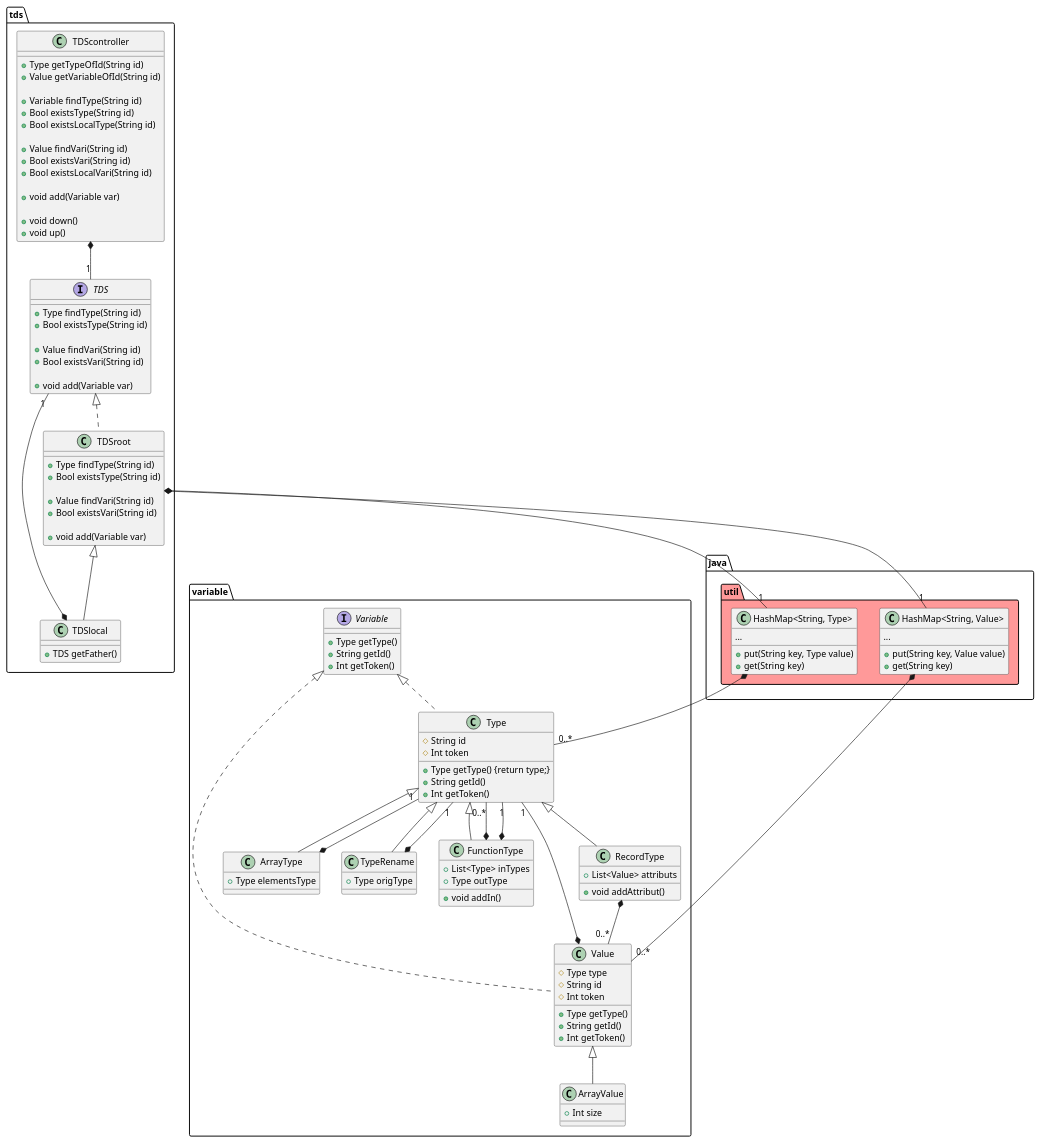
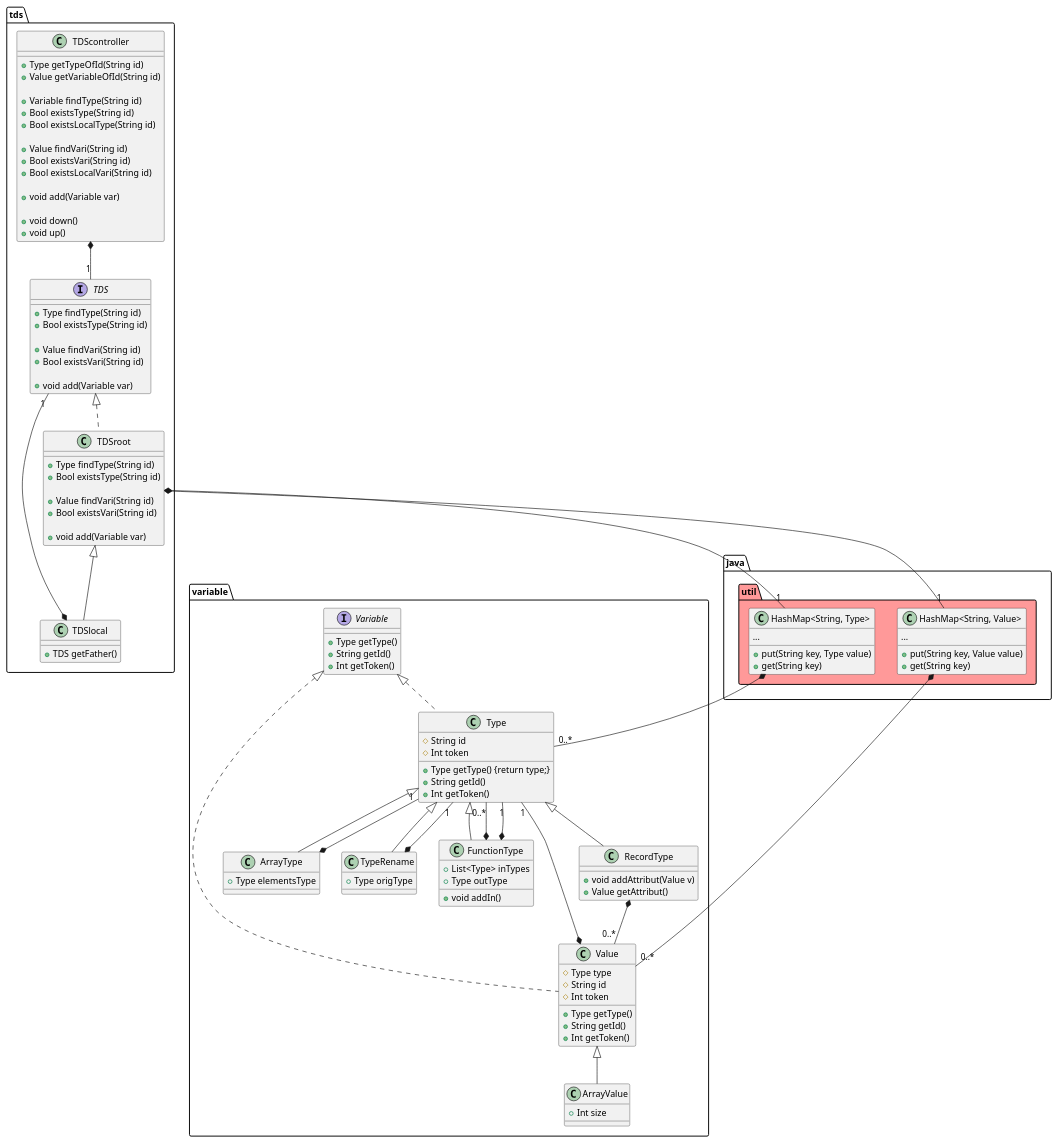
One commit to Tiger-compiler-team-2023/tiger-compiler changed the diagram in AntlrMavenProject/chaoscompiler/src/main/java/eu/tn/chaoscompiler/tdstool/README.figures/TDS.puml. Above: the diagram before and after it, drawn with PlantUML. The commit also changed 3 other files, not shown here.

Commit message:
[EDIT] Diagrammes

```diff
--- a/AntlrMavenProject/chaoscompiler/src/main/java/eu/tn/chaoscompiler/tdstool/README.figures/TDS.puml
+++ b/AntlrMavenProject/chaoscompiler/src/main/java/eu/tn/chaoscompiler/tdstool/README.figures/TDS.puml
@@ -1,124 +1,124 @@
 @startuml
 
 package tds {
 
   class TDScontroller {
     +Type getTypeOfId(String id)
     +Value getVariableOfId(String id)
 
     +Variable findType(String id)
     +Bool existsType(String id)
     +Bool existsLocalType(String id)
 
     +Value findVari(String id)
     +Bool existsVari(String id)
     +Bool existsLocalVari(String id)
 
     +void add(Variable var)
 
     +void down()
     +void up()
   }
 
   interface TDS {
     +Type findType(String id)
     +Bool existsType(String id)
 
     +Value findVari(String id)
     +Bool existsVari(String id)
 
     +void add(Variable var)
   }
 
   class TDSroot implements TDS {
     +Type findType(String id)
     +Bool existsType(String id)
 
     +Value findVari(String id)
     +Bool existsVari(String id)
     
     +void add(Variable var)
   }
 
   class TDSlocal extends TDSroot {
     +TDS getFather()
   }
 }
 
 package variable {
 
   Interface Variable {
     +Type getType()
     +String getId()
     +Int getToken()
   }
 
   class Type implements Variable {
     #String id
     #Int token
 
     +Type getType() {return type;}
     +String getId()
     +Int getToken()
   }
 
   class RecordType extends Type {
-    +List<Value> attributs
-    +void addAttribut()
+    +void addAttribut(Value v)
+    +Value getAttribut()
   }
 
   class ArrayType extends Type {
     +Type elementsType
   }
 
   class TypeRename extends Type {
     +Type origType
   }
 
   class FunctionType extends Type {
     +List<Type> inTypes
     +Type outType
     +void addIn()
   }
 
   class Value implements Variable {
     #Type type
     #String id
     #Int token
 
     +Type getType()
     +String getId()
     +Int getToken()
   }
 
   class ArrayValue extends Value {
     +Int size
   }
 }
 
 package java.util #ff9999 {
   class "HashMap<String, Type>" {
     ...
     +put(String key, Type value)
     +get(String key)
   }
   class "HashMap<String, Value>" {
     ...
     +put(String key, Value value)
     +get(String key)
   }
 }
 
 TDScontroller *--"1" TDS
 TDSlocal *--"1" TDS
 TDSroot *--"1" "HashMap<String, Type>"
 TDSroot *--"1" "HashMap<String, Value>"
 "HashMap<String, Type>" *--"0..*" Type
 "HashMap<String, Value>" *--"0..*" Value
 Value *--"1" Type
 RecordType *--"0..*" Value
 ArrayType *--"1" Type
 TypeRename *--"1" Type
 FunctionType *--"0..*" Type
 FunctionType *--"1" Type
 @enduml
```
